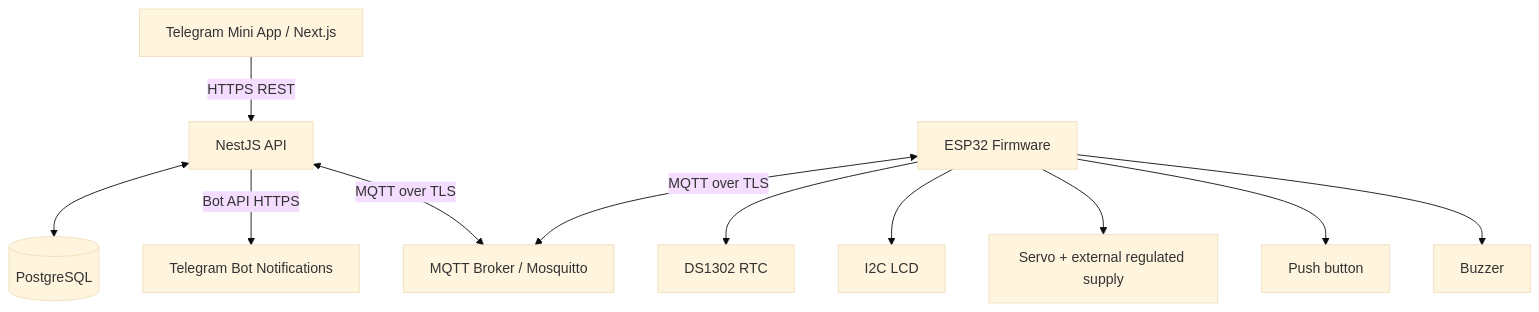
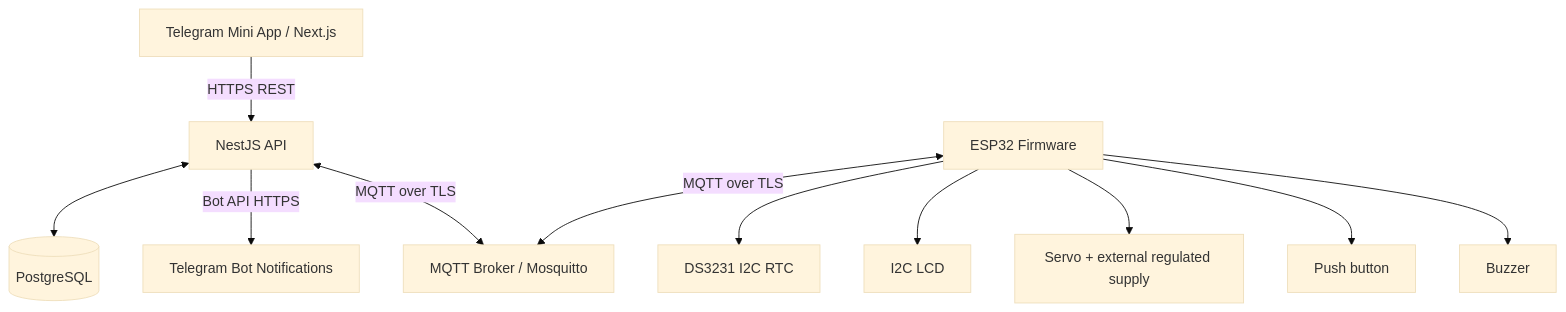
The diagram in smart-pet-feeder-design.md (KhornMolika/smart-pet-feeder), drawn with Mermaid (base theme) before and after one commit. The commit also changed other lines of this file and 4 other files, not shown here.

````diff
--- a/smart-pet-feeder-design.md
+++ b/smart-pet-feeder-design.md
@@ -38,13 +38,13 @@
 ```mermaid
 flowchart TD
     T[Telegram Mini App / Next.js] -->|HTTPS REST| API[NestJS API]
     API <--> DB[(PostgreSQL)]
     API -->|Bot API HTTPS| TG[Telegram Bot Notifications]
     API <-->|MQTT over TLS| MQ[MQTT Broker / Mosquitto]
     ESP[ESP32 Firmware] <-->|MQTT over TLS| MQ
-    ESP --> RTC[DS1302 RTC]
+    ESP --> RTC[DS3231 I2C RTC]
     ESP --> LCD[I2C LCD]
     ESP --> SERVO[Servo + external regulated supply]
     ESP --> BUTTON[Push button]
     ESP --> BUZZ[Buzzer]
 ```
````
